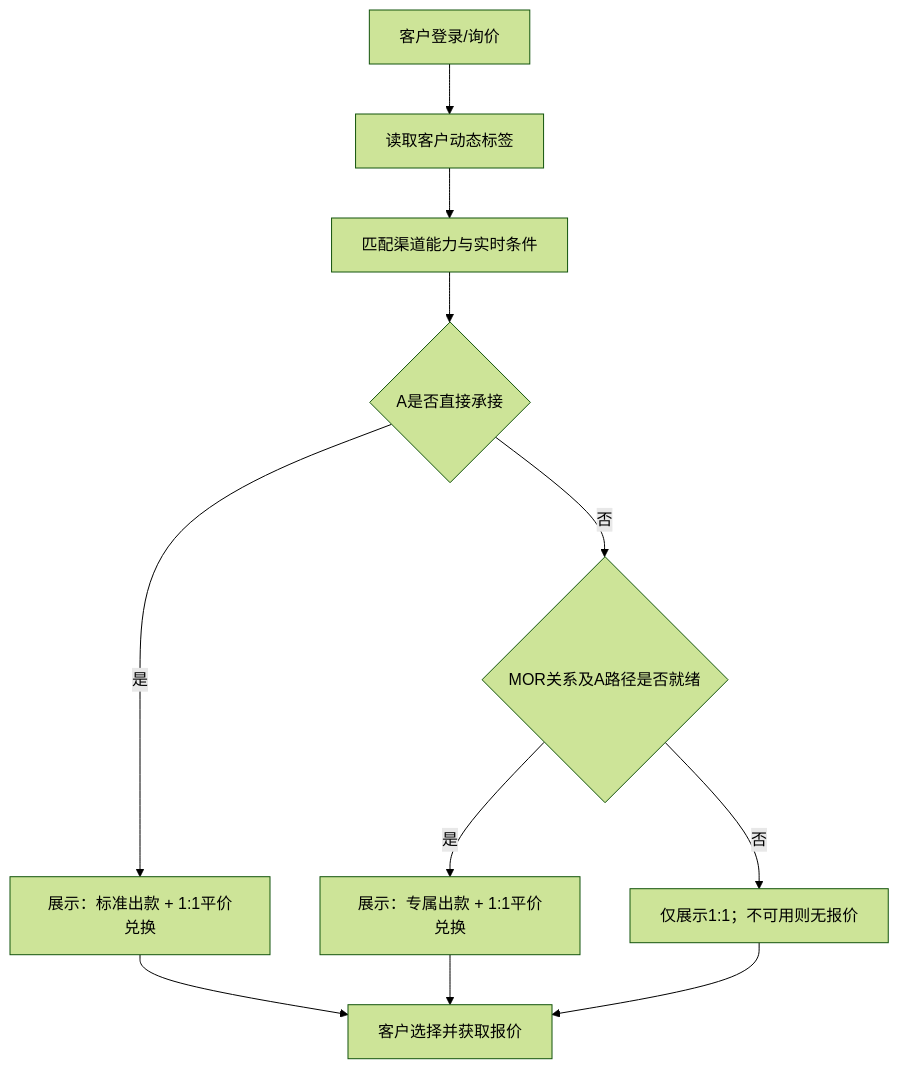
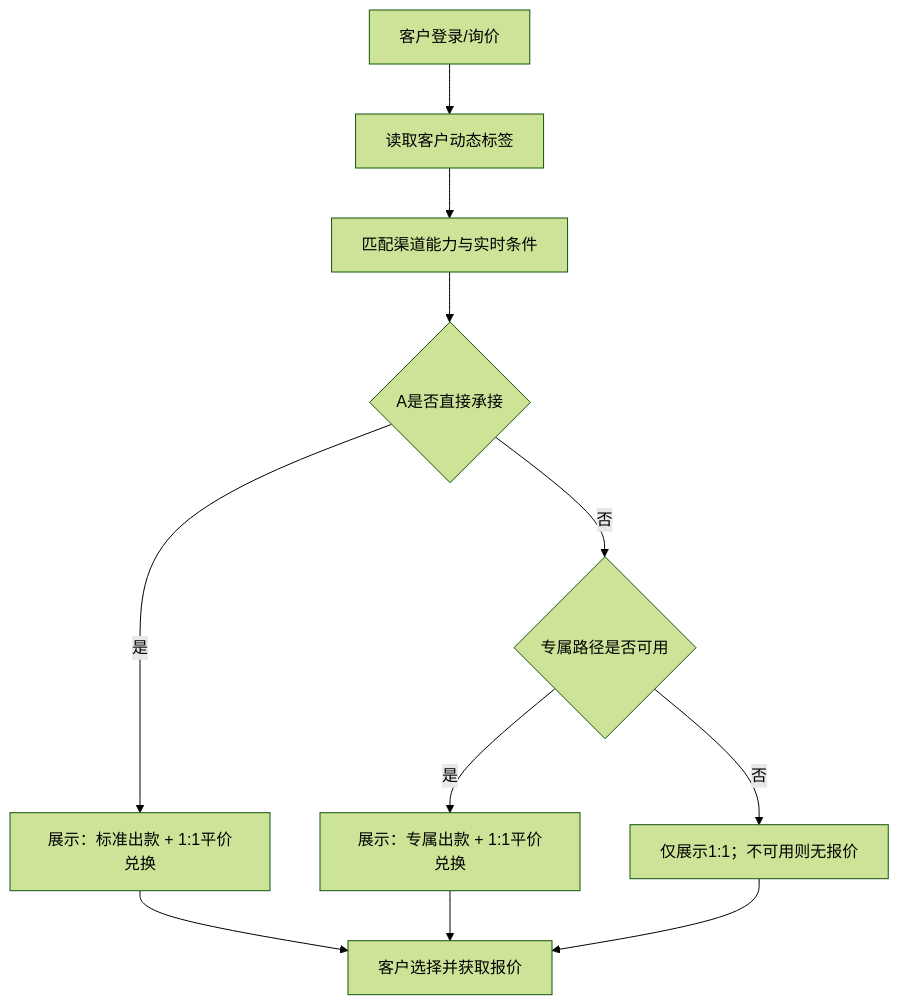
Before and after one commit to xiaoxiaoangie/EX-NEW: the first of 3 diagrams in MORSolutions/解决方案/Offramp产品PRD.md, drawn with Mermaid (forest theme). The commit also changed other lines of this file and 2 other files, not shown here.

````diff
--- a/MORSolutions/解决方案/Offramp产品PRD.md
+++ b/MORSolutions/解决方案/Offramp产品PRD.md
@@ -148,13 +148,13 @@
 ```mermaid
 flowchart TD
     A["客户登录/询价"] --> B["读取客户动态标签"]
     B --> C["匹配渠道能力与实时条件"]
     C --> D{"A是否直接承接"}
     D -->|是| E["展示：标准出款 + 1:1平价兑换"]
-    D -->|否| F{"MOR关系及A路径是否就绪"}
+    D -->|否| F{"专属路径是否可用"}
     F -->|是| G["展示：专属出款 + 1:1平价兑换"]
     F -->|否| H["仅展示1:1；不可用则无报价"]
     E --> I["客户选择并获取报价"]
     G --> I
     H --> I
 ```
````
